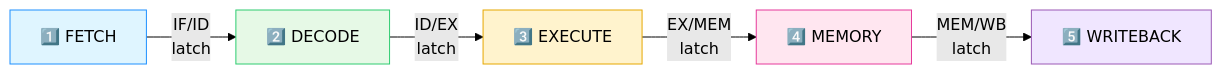
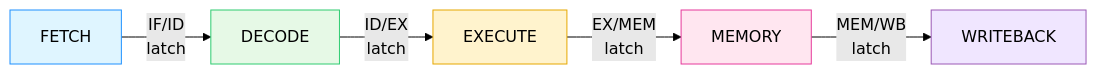
One commit to hjsanjana/rtl-design-practice changed diagram 14 of 30 in RISC-V/README.md. Above: the diagram before and after it, drawn with Mermaid (forest theme). The commit also changed other lines of this file, not shown here.

````diff
--- a/RISC-V/README.md
+++ b/RISC-V/README.md
@@ -552,13 +494,13 @@
 ```mermaid
 flowchart LR
-    IF["1️⃣ FETCH"] -->|"IF/ID\nlatch"| ID["2️⃣ DECODE"]
-    ID -->|"ID/EX\nlatch"| EX["3️⃣ EXECUTE"]
-    EX -->|"EX/MEM\nlatch"| MEM["4️⃣ MEMORY"]
-    MEM -->|"MEM/WB\nlatch"| WB["5️⃣ WRITEBACK"]
+    IF["FETCH"] -->|"IF/ID\nlatch"| ID["DECODE"]
+    ID -->|"ID/EX\nlatch"| EX["EXECUTE"]
+    EX -->|"EX/MEM\nlatch"| MEM["MEMORY"]
+    MEM -->|"MEM/WB\nlatch"| WB["WRITEBACK"]
 
     style IF fill:#dff5ff,stroke:#1e90ff,color:#000
     style ID fill:#e6f9e6,stroke:#2ecc71,color:#000
     style EX fill:#fff3cd,stroke:#e6a700,color:#000
     style MEM fill:#ffe6f0,stroke:#e6399b,color:#000
     style WB fill:#f0e6ff,stroke:#9b59b6,color:#000
 ```
````
